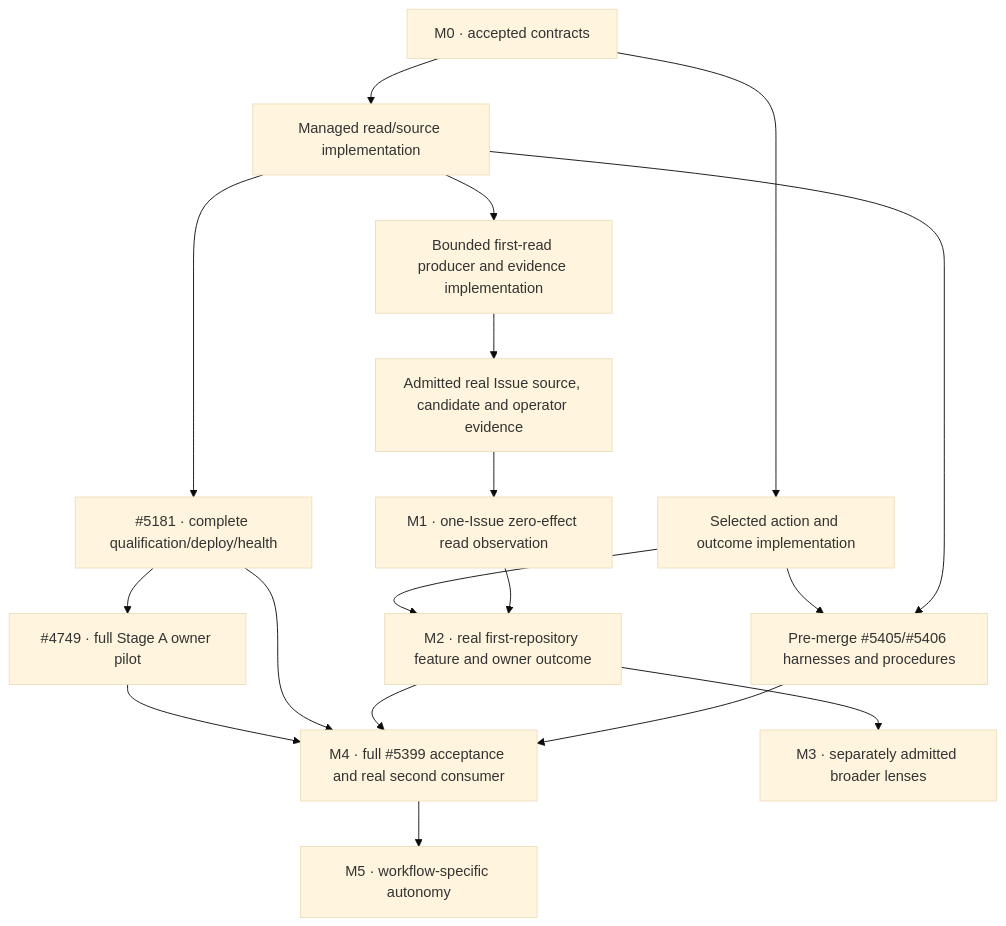
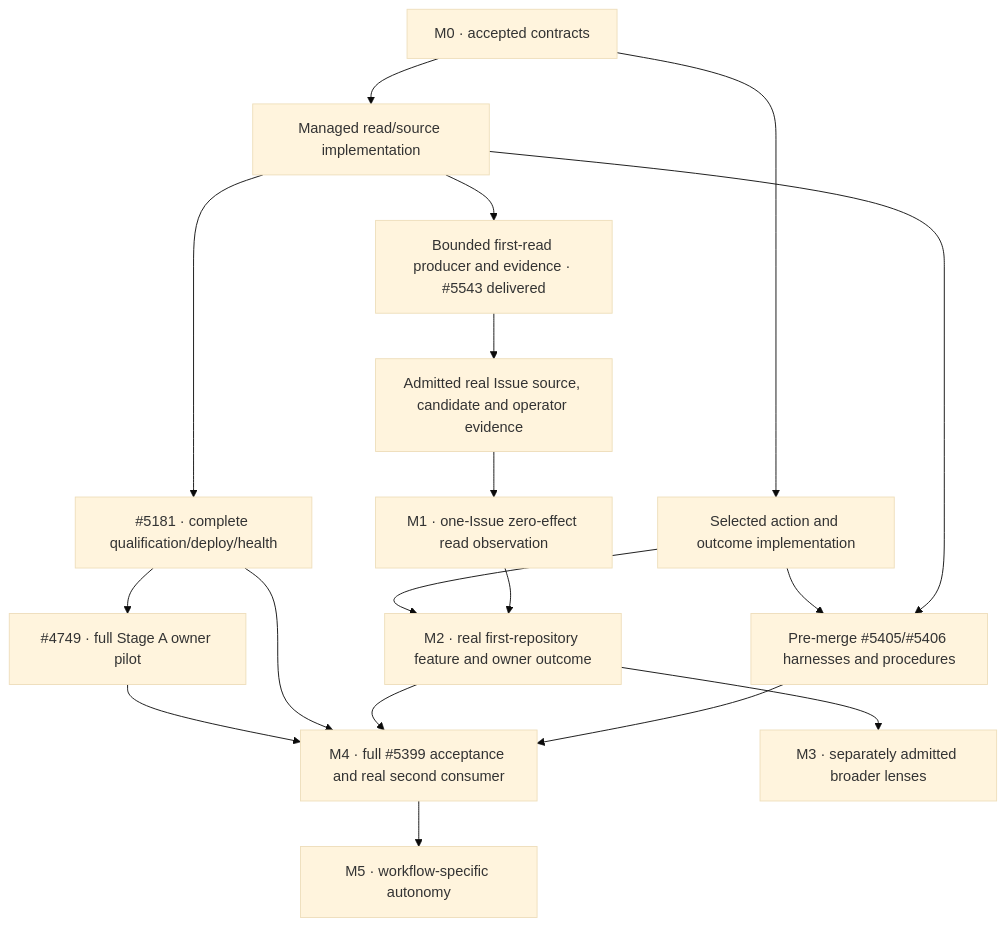
Before and after one commit to RasmusTho/agentic-pkm-mvp: the diagram in docs/plans/DEVUI_IMPLEMENTATION.md, drawn with Mermaid (base theme). The commit also changed other lines of this file and 21 other files, not shown here.

Commit message:
feat(builderops): import an Issue and qualify the first DevUI read

````diff
--- a/docs/plans/DEVUI_IMPLEMENTATION.md
+++ b/docs/plans/DEVUI_IMPLEMENTATION.md
@@ -367,20 +367,20 @@
 ```mermaid
 flowchart TD
   M0["M0 · accepted contracts"] --> R["Managed read/source implementation"]
   M0 --> A["Selected action and outcome implementation"]
   R --> H["Pre-merge #5405/#5406 harnesses and procedures"]
   A --> H
-  R --> B["Bounded first-read producer and evidence implementation"]
+  R --> B["Bounded first-read producer and evidence · #5543 delivered"]
   B --> S["Admitted real Issue source, candidate and operator evidence"]
   S --> P["M1 · one-Issue zero-effect read observation"]
   R --> D["#5181 · complete qualification/deploy/health"]
   D --> V["#4749 · full Stage A owner pilot"]
   P --> F["M2 · real first-repository feature and owner outcome"]
   A --> F
   H --> Q["M4 · full #5399 acceptance and real second consumer"]
   F --> Q
   D --> Q
   V --> Q
   F --> L["M3 · separately admitted broader lenses"]
   Q --> U["M5 · workflow-specific autonomy"]
 ```
````
